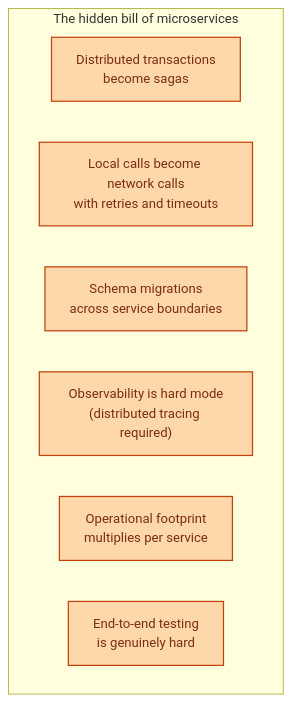
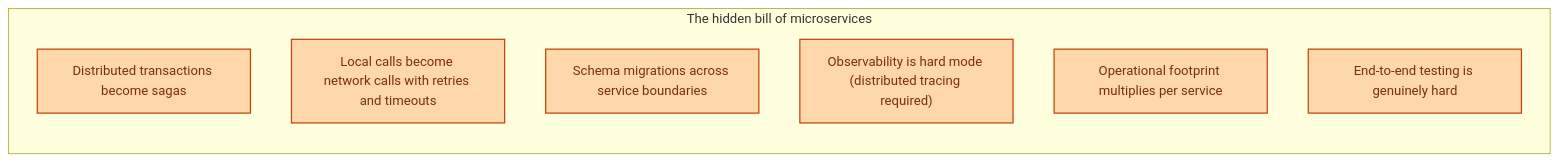
Before and after one commit to shiningflash/shiningflash.github.io: the second of 3 diagrams in _sd_concepts/041-microservices-vs-monolith.md, drawn with Mermaid. The commit also changed other lines of this file and 8 other files, not shown here.

First line of the commit message:
Fix diagrams that rendered cramped at column width

````diff
--- a/_sd_concepts/041-microservices-vs-monolith.md
+++ b/_sd_concepts/041-microservices-vs-monolith.md
@@ -71,14 +71,14 @@
 ```mermaid
 flowchart TB
     subgraph C["The hidden bill of microservices"]
-        direction LR
-        C1["Distributed transactions<br/>become sagas"]:::weak
-        C2["Local calls become network calls<br/>with retries and timeouts"]:::weak
-        C3["Schema migrations<br/>across service boundaries"]:::weak
-        C4["Observability is hard mode<br/>(distributed tracing required)"]:::weak
-        C5["Operational footprint<br/>multiplies per service"]:::weak
-        C6["End-to-end testing<br/>is genuinely hard"]:::weak
+        direction TB
+        C1["Distributed transactions become sagas"]:::weak
+        C2["Local calls become network calls with retries and timeouts"]:::weak
+        C3["Schema migrations across service boundaries"]:::weak
+        C4["Observability is hard mode (distributed tracing required)"]:::weak
+        C5["Operational footprint multiplies per service"]:::weak
+        C6["End-to-end testing is genuinely hard"]:::weak
     end
 
     classDef weak fill:#fed7aa,stroke:#c2410c,color:#7c2d12,stroke-width:1.5px
 ```
````
